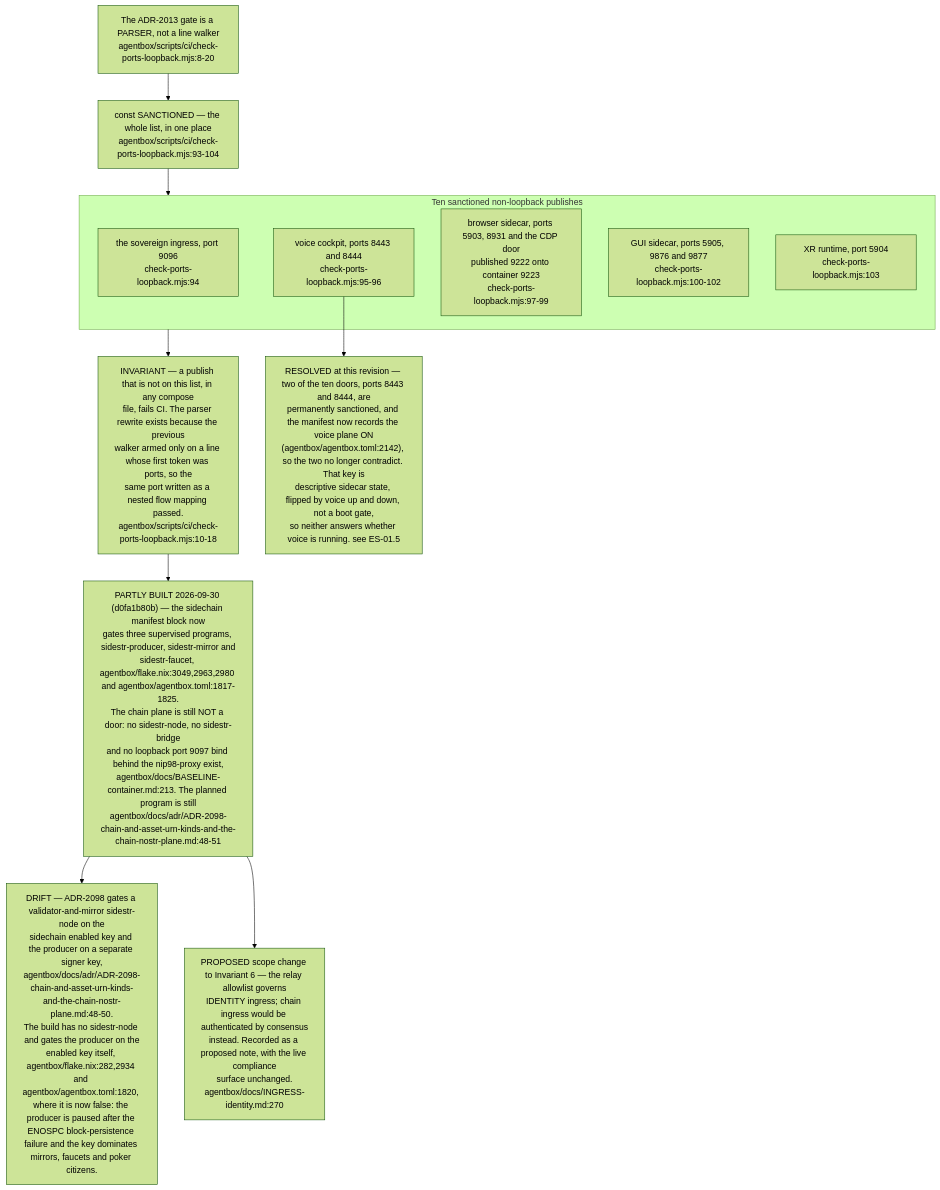
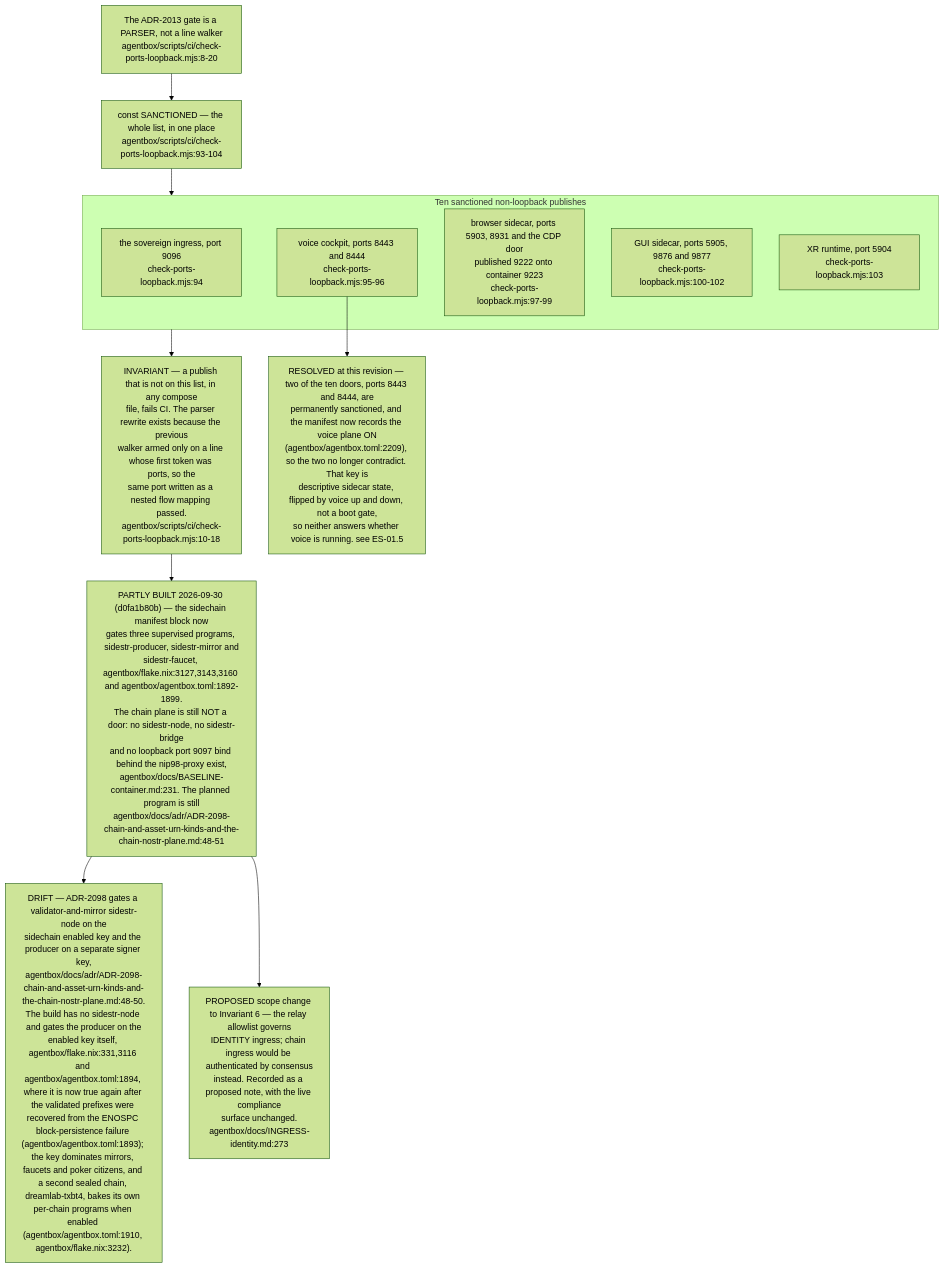
Before and after one commit to DreamLab-AI/VisionFlow: diagram 11 of 11 in docs/diagrams/estate/10-deployment-and-security-profiles.md, drawn with Mermaid (forest theme). The commit also changed other lines of this file and 160 other files, not shown here.

````diff
--- a/docs/diagrams/estate/10-deployment-and-security-profiles.md
+++ b/docs/diagrams/estate/10-deployment-and-security-profiles.md
@@ -436,29 +441,29 @@
 ```mermaid
 flowchart TB
     GATE["The ADR-2013 gate is a PARSER, not a line walker<br/>agentbox/scripts/ci/check-ports-loopback.mjs:8-20"]
     LIST["const SANCTIONED — the whole list, in one place<br/>agentbox/scripts/ci/check-ports-loopback.mjs:93-104"]
     GATE --> LIST
 
     subgraph DOORS["Ten sanctioned non-loopback publishes"]
         D0["the sovereign ingress, port 9096<br/>check-ports-loopback.mjs:94"]
         D1["voice cockpit, ports 8443 and 8444<br/>check-ports-loopback.mjs:95-96"]
         D2["browser sidecar, ports 5903, 8931 and the CDP door<br/>published 9222 onto container 9223<br/>check-ports-loopback.mjs:97-99"]
         D3["GUI sidecar, ports 5905, 9876 and 9877<br/>check-ports-loopback.mjs:100-102"]
         D4["XR runtime, port 5904<br/>check-ports-loopback.mjs:103"]
     end
     LIST --> DOORS
 
     INV["INVARIANT — a publish that is not on this list, in any compose<br/>file, fails CI. The parser rewrite exists because the previous<br/>walker armed only on a line whose first token was ports, so the<br/>same port written as a nested flow mapping passed.<br/>agentbox/scripts/ci/check-ports-loopback.mjs:10-18"]
     DOORS --> INV
 
-    PROP["PARTLY BUILT 2026-09-30 (d0fa1b80b) — the sidechain manifest block now<br/>gates three supervised programs, sidestr-producer, sidestr-mirror and<br/>sidestr-faucet, agentbox/flake.nix:3049,2963,2980 and agentbox/agentbox.toml:1817-1825.<br/>The chain plane is still NOT a door: no sidestr-node, no sidestr-bridge<br/>and no loopback port 9097 bind behind the nip98-proxy exist,<br/>agentbox/docs/BASELINE-container.md:213. The planned program is still<br/>agentbox/docs/adr/ADR-2098-chain-and-asset-urn-kinds-and-the-chain-nostr-plane.md:48-51"]
+    PROP["PARTLY BUILT 2026-09-30 (d0fa1b80b) — the sidechain manifest block now<br/>gates three supervised programs, sidestr-producer, sidestr-mirror and<br/>sidestr-faucet, agentbox/flake.nix:3127,3143,3160 and agentbox/agentbox.toml:1892-1899.<br/>The chain plane is still NOT a door: no sidestr-node, no sidestr-bridge<br/>and no loopback port 9097 bind behind the nip98-proxy exist,<br/>agentbox/docs/BASELINE-container.md:231. The planned program is still<br/>agentbox/docs/adr/ADR-2098-chain-and-asset-urn-kinds-and-the-chain-nostr-plane.md:48-51"]
     INV --> PROP
-    GATEDRIFT["DRIFT — ADR-2098 gates a validator-and-mirror sidestr-node on the<br/>sidechain enabled key and the producer on a separate signer key,<br/>agentbox/docs/adr/ADR-2098-chain-and-asset-urn-kinds-and-the-chain-nostr-plane.md:48-50.<br/>The build has no sidestr-node and gates the producer on the<br/>enabled key itself, agentbox/flake.nix:282,2934 and agentbox/agentbox.toml:1820, where it is now false: the producer is paused after the ENOSPC block-persistence failure and the key dominates mirrors, faucets and poker citizens."]
+    GATEDRIFT["DRIFT — ADR-2098 gates a validator-and-mirror sidestr-node on the<br/>sidechain enabled key and the producer on a separate signer key,<br/>agentbox/docs/adr/ADR-2098-chain-and-asset-urn-kinds-and-the-chain-nostr-plane.md:48-50.<br/>The build has no sidestr-node and gates the producer on the<br/>enabled key itself, agentbox/flake.nix:331,3116 and agentbox/agentbox.toml:1894, where it is now true again after the validated prefixes were recovered from the ENOSPC block-persistence failure (agentbox/agentbox.toml:1893); the key dominates mirrors, faucets and poker citizens, and a second sealed chain, dreamlab-txbt4, bakes its own per-chain programs when enabled (agentbox/agentbox.toml:1910, agentbox/flake.nix:3232)."]
     PROP --> GATEDRIFT
 
-    NARROW["PROPOSED scope change to Invariant 6 — the relay allowlist governs<br/>IDENTITY ingress; chain ingress would be authenticated by consensus<br/>instead. Recorded as a proposed note, with the live compliance<br/>surface unchanged.<br/>agentbox/docs/INGRESS-identity.md:270"]
+    NARROW["PROPOSED scope change to Invariant 6 — the relay allowlist governs<br/>IDENTITY ingress; chain ingress would be authenticated by consensus<br/>instead. Recorded as a proposed note, with the live compliance<br/>surface unchanged.<br/>agentbox/docs/INGRESS-identity.md:273"]
     PROP --> NARROW
 
-    TENSION["RESOLVED at this revision — two of the ten doors, ports 8443 and 8444, are<br/>permanently sanctioned, and the manifest now records the voice plane ON<br/>(agentbox/agentbox.toml:2142), so the two no longer contradict. That key is<br/>descriptive sidecar state, flipped by voice up and down, not a boot gate,<br/>so neither answers whether voice is running. see ES-01.5"]
+    TENSION["RESOLVED at this revision — two of the ten doors, ports 8443 and 8444, are<br/>permanently sanctioned, and the manifest now records the voice plane ON<br/>(agentbox/agentbox.toml:2209), so the two no longer contradict. That key is<br/>descriptive sidecar state, flipped by voice up and down, not a boot gate,<br/>so neither answers whether voice is running. see ES-01.5"]
     D1 --> TENSION
 ```
````
